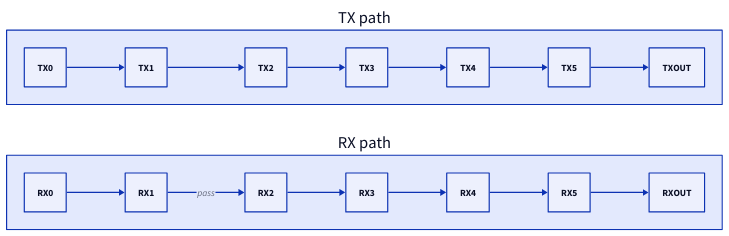
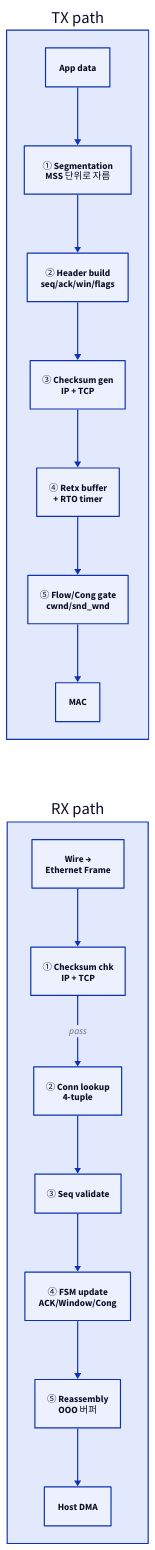
The first of 8 diagrams in topics/toe/docs/03_toe_key_functions.md (humbleowl39/DV_SKOOL), drawn with D2 before and after one commit. The commit also changed other lines of this file and 90 other files, not shown here.

First line of the commit message:
docs: 전 토픽 다이어그램 정비 — ASCII→D2, mermaid→D2, 과대 D2 가시성 수정

````diff
--- a/topics/toe/docs/03_toe_key_functions.md
+++ b/topics/toe/docs/03_toe_key_functions.md
@@ -68,36 +68,37 @@
 ```d2
-direction: right
+direction: down
 
 TX: "TX path" {
-  direction: down
-  # unparsed: TX0["App data"]
-  # unparsed: TX1["① Segmentation<br/>MSS 단위로 자름"]
-  # unparsed: TX2["② Header build<br/>seq, ack, win, flags"]
-  # unparsed: TX3["③ Checksum gen<br/>IP + TCP"]
-  # unparsed: TX4["④ Retx buffer + RTO timer<br/>사본 보관 + RTO arm"]
-  # unparsed: TX5["⑤ Flow / Cong gate<br/>cwnd, snd_wnd 보고<br/>burst 결정"]
-  # unparsed: TXOUT["MAC"]
+  direction: right
+  TX0: "App data"
+  TX1: "① Segmentation\nMSS 단위로 자름"
+  TX2: "② Header build\nseq/ack/win/flags"
+  TX3: "③ Checksum gen\nIP + TCP"
+  TX4: "④ Retx buffer\n+ RTO timer"
+  TX5: "⑤ Flow/Cong gate\ncwnd/snd_wnd"
+  TXOUT: "MAC"
   TX0 -> TX1
   TX1 -> TX2
   TX2 -> TX3
   TX3 -> TX4
   TX4 -> TX5
   TX5 -> TXOUT
 }
 RX: "RX path" {
-  direction: down
-  # unparsed: RX0["Wire → Ethernet Frame"]
-  # unparsed: RX1["① Checksum chk<br/>IP + TCP"]
-  # unparsed: RX2["② Conn lookup<br/>4-tuple"]
-  # unparsed: RX3["③ Seq validate"]
-  # unparsed: RX4["④ FSM update<br/>ACK → snd_una<br/>ACK → retx free<br/>Window → snd_wnd<br/>Cong → cwnd"]
-  # unparsed: RX5["⑤ Reassembly<br/>OOO 버퍼"]
-  # unparsed: RXOUT["Host DMA"]
+  direction: right
+  RX0: "Wire →\nEthernet Frame"
+  RX1: "① Checksum chk\nIP + TCP"
+  RX2: "② Conn lookup\n4-tuple"
+  RX3: "③ Seq validate"
+  RX4: "④ FSM update\nACK/Window/Cong"
+  RX5: "⑤ Reassembly\nOOO 버퍼"
+  RXOUT: "Host DMA"
   RX0 -> RX1
   RX1 -> RX2: "pass"
   RX2 -> RX3
   RX3 -> RX4
   RX4 -> RX5
   RX5 -> RXOUT
 }
+TX -> RX: { style.opacity: 0 }
 ```
````
